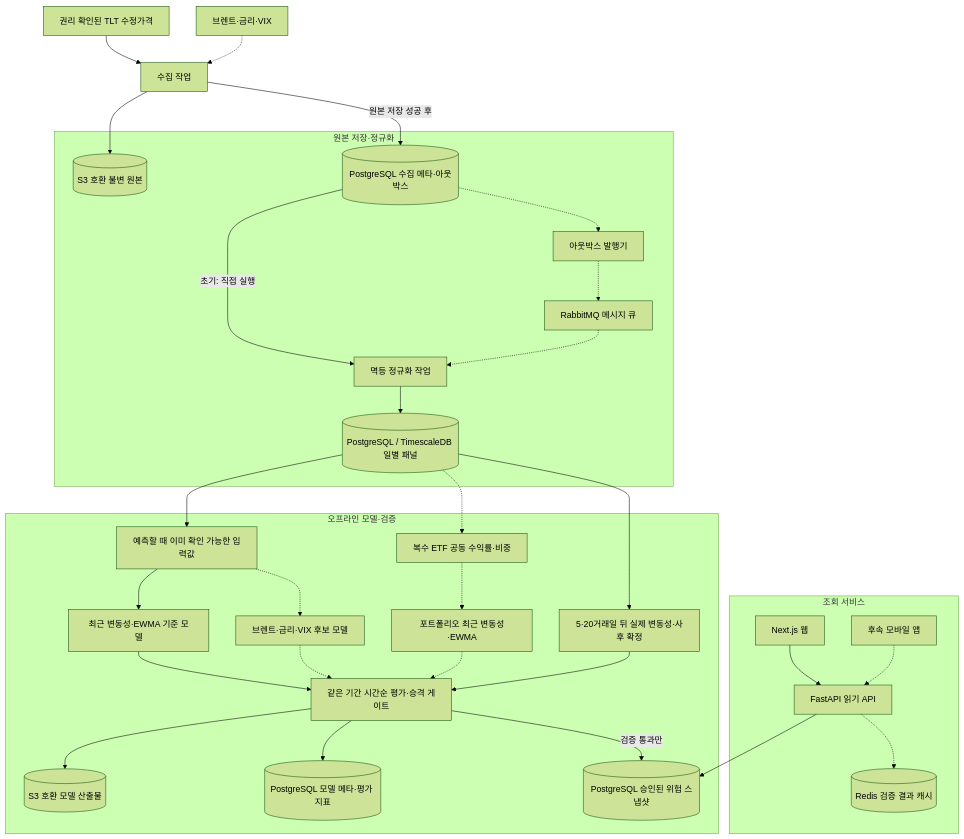
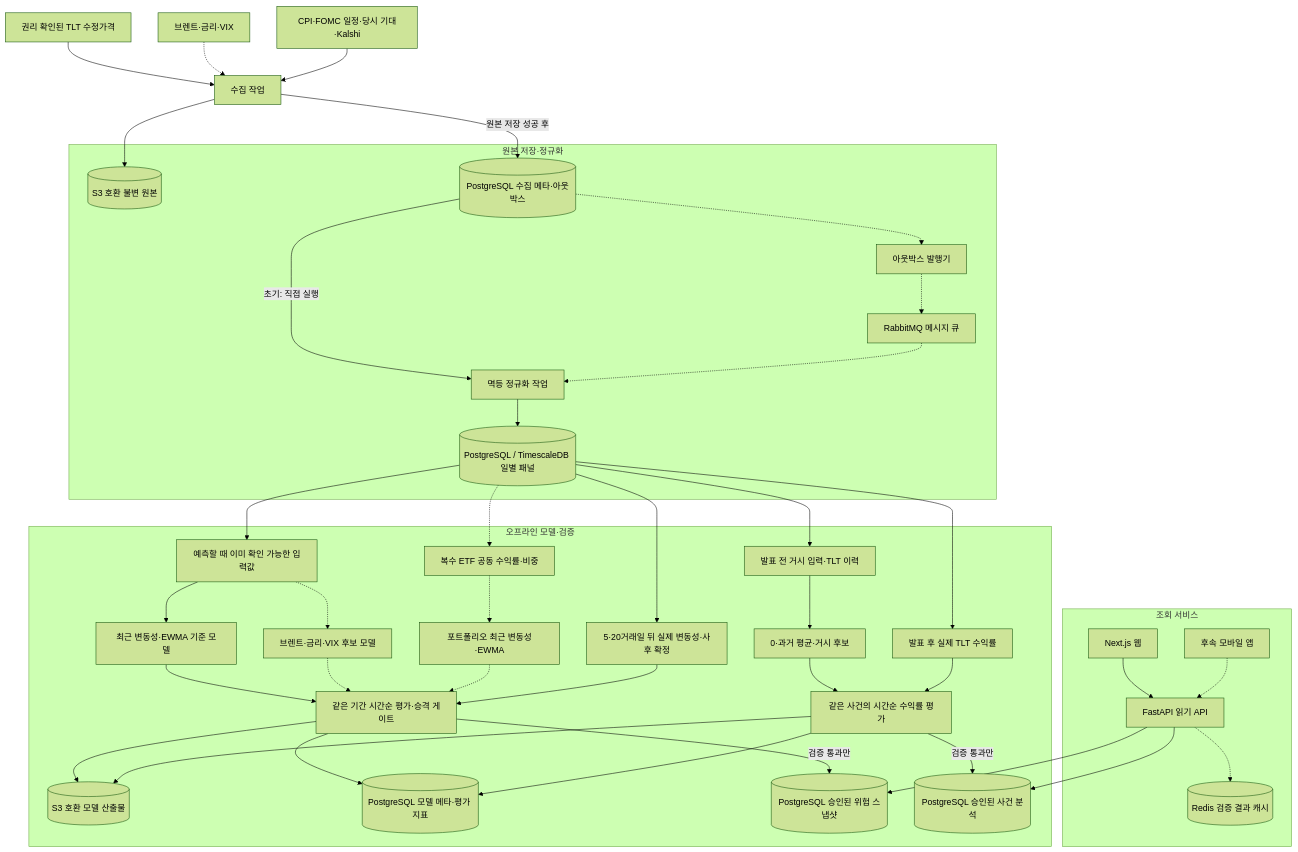
Before and after one commit to AnDev77/ShockGarph_AI: the first of 2 diagrams in docs/architecture.md, drawn with Mermaid (forest theme). The commit also changed other lines of this file and 10 other files, not shown here.

Commit message:
docs: 거시 이벤트 입력과 TLT 수익률 정답으로 목표 수정

````diff
--- a/docs/architecture.md
+++ b/docs/architecture.md
@@ -12,55 +15,69 @@
 ```mermaid
 flowchart TB
     S["권리 확인된 TLT 수정가격"] --> C["수집 작업"]
     O["브렌트·금리·VIX"] -.-> C
+    K["CPI·FOMC 일정·당시 기대·Kalshi"] --> C
 
     subgraph DATA["원본 저장·정규화"]
         RAW[("S3 호환 불변 원본")]
         META[("PostgreSQL 수집 메타·아웃박스")]
         PUB["아웃박스 발행기"]
         MQ["RabbitMQ 메시지 큐"]
         N["멱등 정규화 작업"]
         PANEL[("PostgreSQL / TimescaleDB 일별 패널")]
     end
     C --> RAW
     C -->|원본 저장 성공 후| META
     META -->|초기: 직접 실행| N
     META -.-> PUB
     PUB -.-> MQ
     MQ -.-> N
     N --> PANEL
 
     subgraph MODEL["오프라인 모델·검증"]
         F["예측할 때 이미 확인 가능한 입력값"]
         L["5·20거래일 뒤 실제 변동성·사후 확정"]
         B["최근 변동성·EWMA 기준 모델"]
         M["브렌트·금리·VIX 후보 모델"]
         P["복수 ETF 공동 수익률·비중"]
         PB["포트폴리오 최근 변동성·EWMA"]
         E["같은 기간 시간순 평가·승격 게이트"]
         ART[("S3 호환 모델 산출물")]
         REG[("PostgreSQL 모델 메타·평가 지표")]
         SNAP[("PostgreSQL 승인된 위험 스냅샷")]
+        EF["발표 전 거시 입력·TLT 이력"]
+        EY["발표 후 실제 TLT 수익률"]
+        EM["0·과거 평균·거시 후보"]
+        EE["같은 사건의 시간순 수익률 평가"]
+        ES[("PostgreSQL 승인된 사건 분석")]
     end
     PANEL --> F
     PANEL --> L
     F --> B --> E
     F -.-> M -.-> E
     PANEL -.-> P
     P -.-> PB -.-> E
     L --> E
     E --> ART
     E --> REG
     E -->|검증 통과만| SNAP
+    PANEL --> EF
+    PANEL --> EY
+    EF --> EM --> EE
+    EY --> EE
+    EE --> ART
+    EE --> REG
+    EE -->|검증 통과만| ES
 
     subgraph SERVE["조회 서비스"]
         WEB["Next.js 웹"]
         APP["후속 모바일 앱"]
         API["FastAPI 읽기 API"]
         CACHE[("Redis 검증 결과 캐시")]
     end
     WEB --> API
     APP -.-> API
     API --> SNAP
+    API --> ES
     API -.-> CACHE
 ```
````
